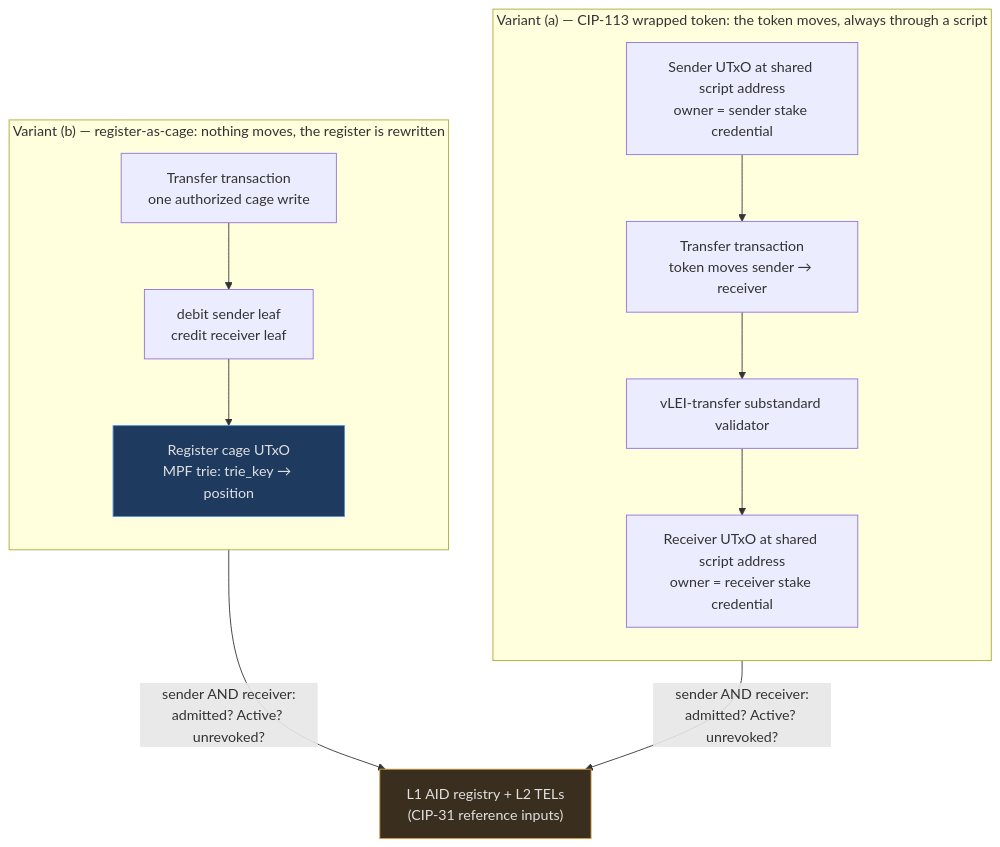
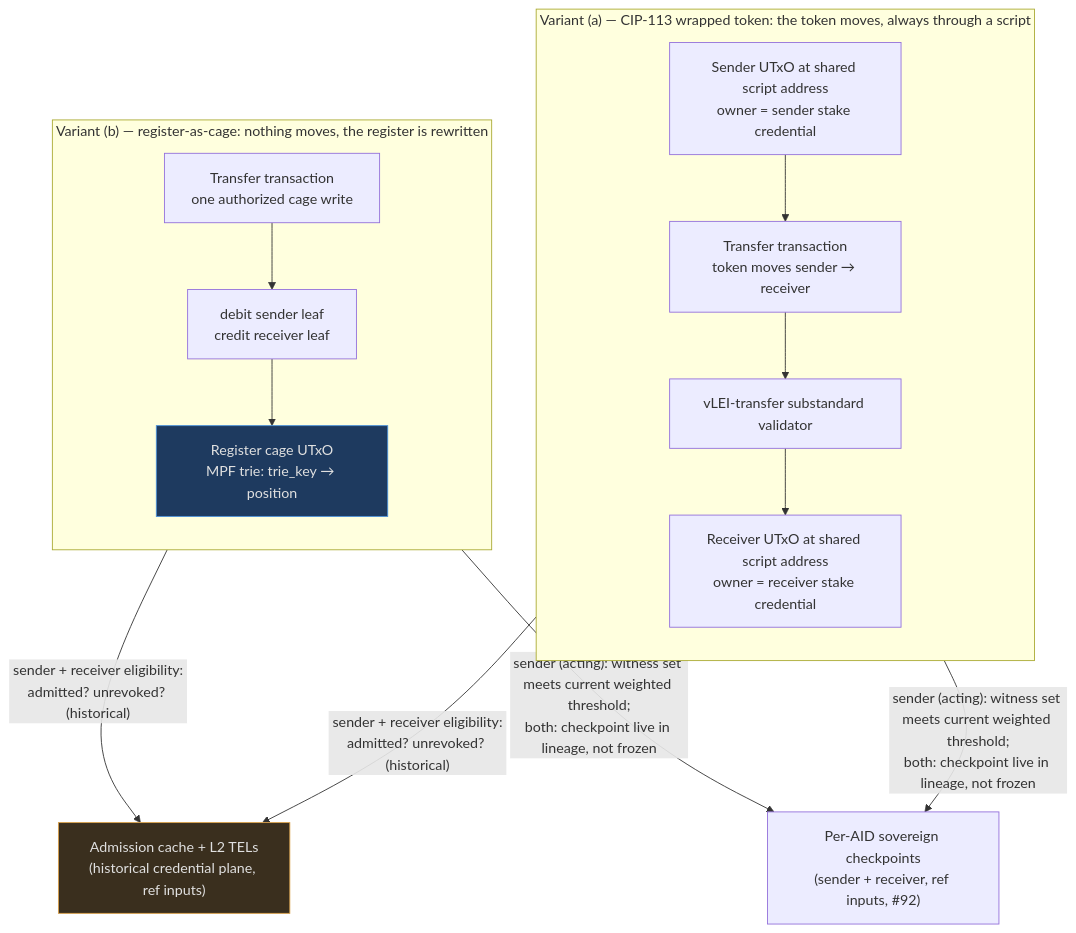
One commit to lambdasistemi/cardano-keri changed the diagram in docs/design/business-cases/security-tokens.md. Above: the diagram before and after it, drawn with Mermaid. The commit also changed other lines of this file and 7 other files, not shown here.

````diff
--- a/docs/design/business-cases/security-tokens.md
+++ b/docs/design/business-cases/security-tokens.md
@@ -134,26 +185,29 @@
 ```mermaid
 flowchart TB
     subgraph VA["Variant (a) — CIP-113 wrapped token: the token moves, always through a script"]
         direction TB
         SU["Sender UTxO at shared script address<br/>owner = sender stake credential"]
         TXA["Transfer transaction<br/>token moves sender → receiver"]
         SV["vLEI-transfer substandard validator"]
         RU["Receiver UTxO at shared script address<br/>owner = receiver stake credential"]
         SU --> TXA --> SV --> RU
     end
 
     subgraph VB["Variant (b) — register-as-cage: nothing moves, the register is rewritten"]
         direction TB
         TXB["Transfer transaction<br/>one authorized cage write"]
         W["debit sender leaf<br/>credit receiver leaf"]
         CG["Register cage UTxO<br/>MPF trie: trie_key → position"]
         TXB --> W --> CG
     end
 
-    REGS["L1 AID registry + L2 TELs<br/>(CIP-31 reference inputs)"]
-    SV -->|"sender AND receiver:<br/>admitted? Active? unrevoked?"| REGS
-    TXB -->|"sender AND receiver:<br/>admitted? Active? unrevoked?"| REGS
+    REGS["Admission cache + L2 TELs<br/>(historical credential plane, ref inputs)"]
+    CHK["Per-AID sovereign checkpoints<br/>(sender + receiver, ref inputs, #92)"]
+    SV -->|"sender + receiver eligibility:<br/>admitted? unrevoked? (historical)"| REGS
+    SV -->|"sender (acting): witness set meets current weighted threshold;<br/>both: checkpoint live in lineage, not frozen"| CHK
+    TXB -->|"sender + receiver eligibility:<br/>admitted? unrevoked? (historical)"| REGS
+    TXB -->|"sender (acting): witness set meets current weighted threshold;<br/>both: checkpoint live in lineage, not frozen"| CHK
 
     style CG fill:#1e3a5f,stroke:#4a90d9,color:#e0e0e0
     style REGS fill:#3a2f1e,stroke:#d9a04a,color:#e0e0e0
 ```
````
